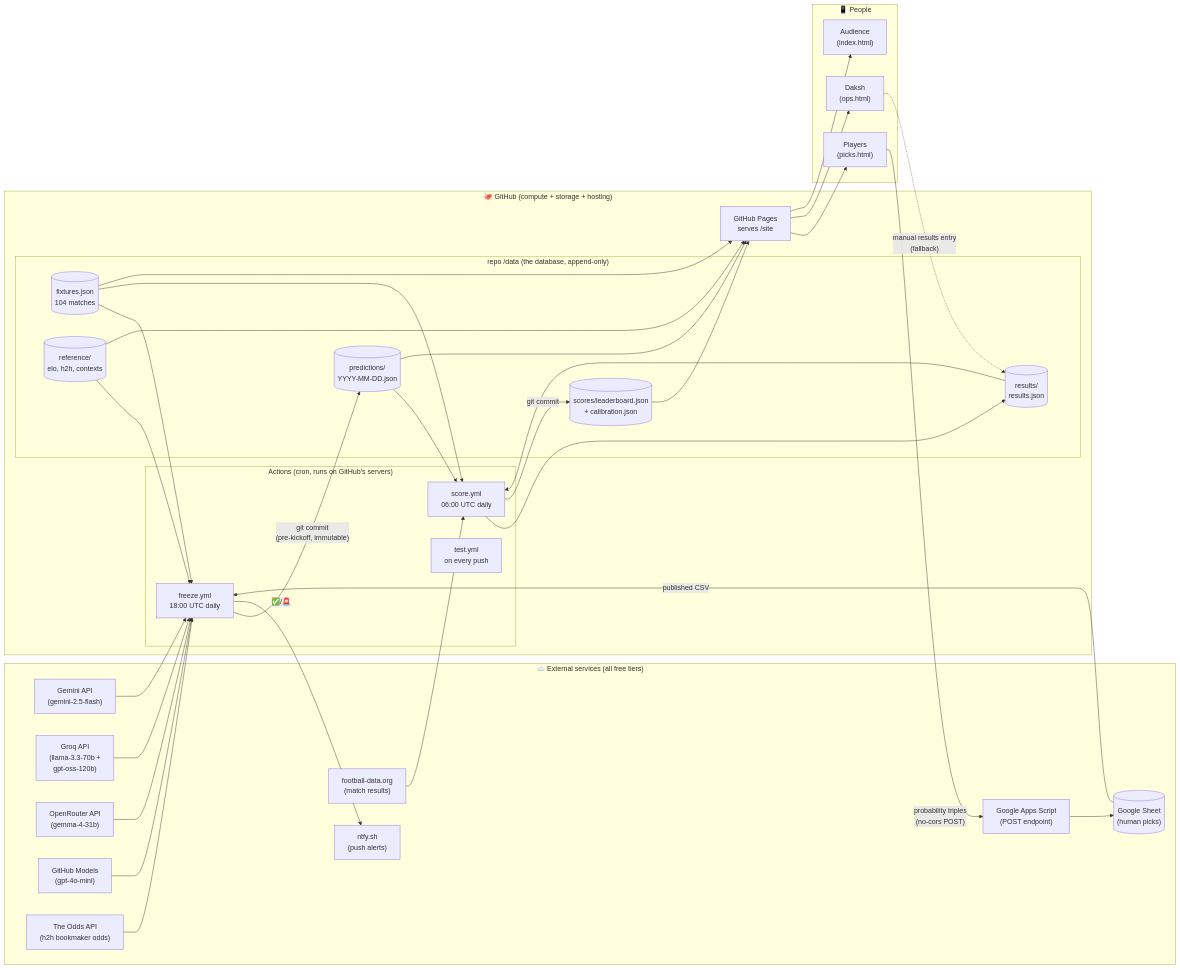
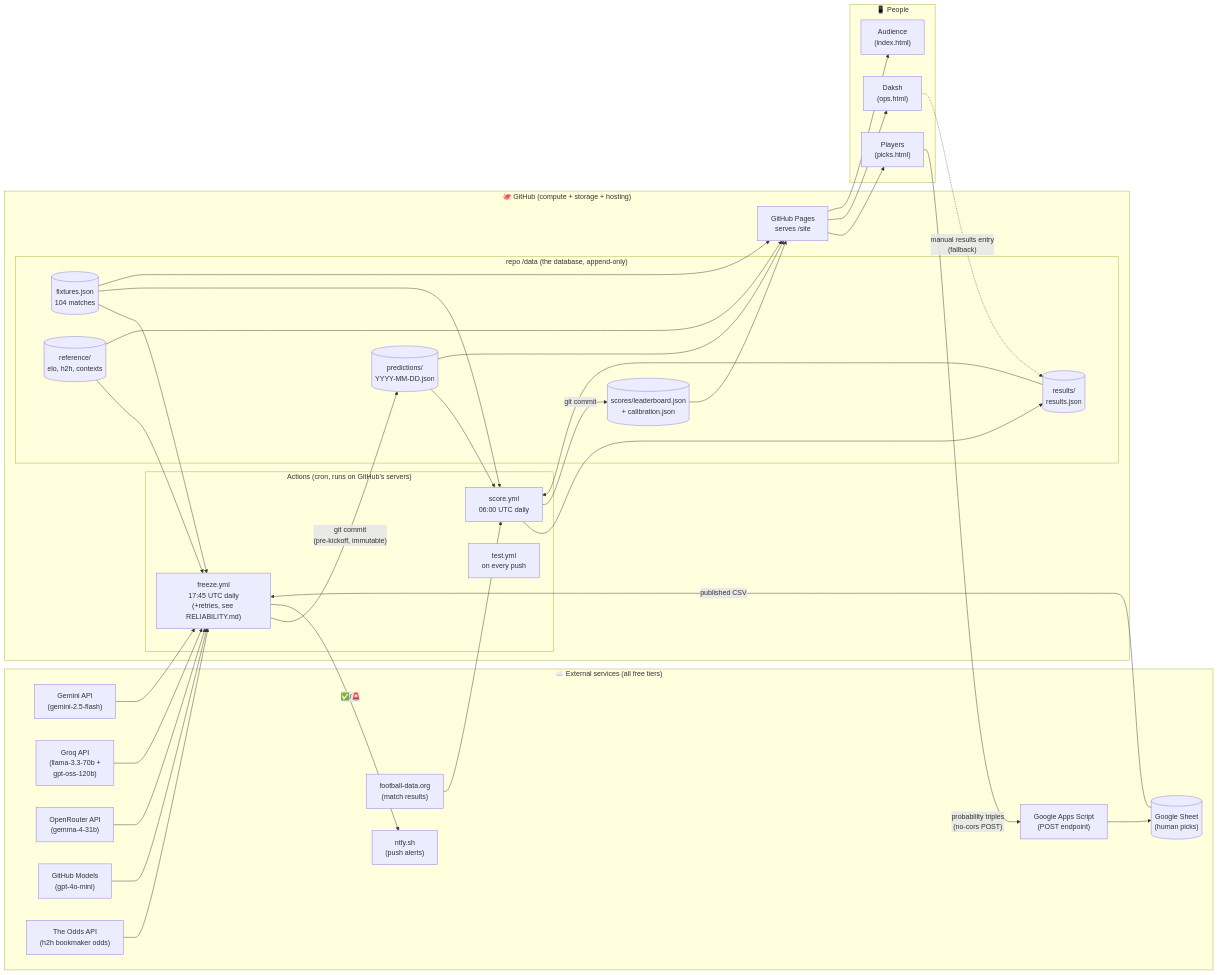
One commit to dakshjagwani/forecasting-arena-wc26 changed the first of 4 diagrams in docs/ARCHITECTURE.md. Above: the diagram before and after it, drawn with Mermaid. The commit also changed other lines of this file and 10 other files, not shown here.

First line of the commit message:
reliability: six-layer freeze failover + live matchday rollover

````diff
--- a/docs/ARCHITECTURE.md
+++ b/docs/ARCHITECTURE.md
@@ -11,54 +11,54 @@
 ```mermaid
 flowchart LR
     subgraph EXT["☁️ External services (all free tiers)"]
         GEM["Gemini API\n(gemini-2.5-flash)"]
         GROQ["Groq API\n(llama-3.3-70b +\ngpt-oss-120b)"]
         OR["OpenRouter API\n(gemma-4-31b)"]
         GHM["GitHub Models\n(gpt-4o-mini)"]
         ODDS["The Odds API\n(h2h bookmaker odds)"]
         FD["football-data.org\n(match results)"]
         GAS["Google Apps Script\n(POST endpoint)"]
         SHEET[("Google Sheet\n(human picks)")]
         NTFY["ntfy.sh\n(push alerts)"]
     end
 
     subgraph GH["🐙 GitHub (compute + storage + hosting)"]
         subgraph ACT["Actions (cron, runs on GitHub's servers)"]
-            FW["freeze.yml\n18:00 UTC daily"]
+            FW["freeze.yml\n17:45 UTC daily\n(+retries, see RELIABILITY.md)"]
             SW["score.yml\n06:00 UTC daily"]
             TW["test.yml\non every push"]
         end
         subgraph DATA["repo /data (the database, append-only)"]
             FIX[("fixtures.json\n104 matches")]
             PRED[("predictions/\nYYYY-MM-DD.json")]
             RES[("results/\nresults.json")]
             SCORES[("scores/leaderboard.json\n+ calibration.json")]
             REF[("reference/\nelo, h2h, contexts")]
         end
         PAGES["GitHub Pages\nserves /site"]
     end
 
     subgraph USERS["📱 People"]
         HUMAN["Players\n(picks.html)"]
         DAKSH["Daksh\n(ops.html)"]
         PUBLIC["Audience\n(index.html)"]
     end
 
     HUMAN -- "probability triples\n(no-cors POST)" --> GAS --> SHEET
     SHEET -- "published CSV" --> FW
     GEM & GROQ & OR & GHM --> FW
     ODDS --> FW
     FIX --> FW
     REF --> FW
     FW -- "git commit\n(pre-kickoff, immutable)" --> PRED
     FW -- "✅/🚨" --> NTFY
 
     FD --> SW
     SW --> RES
     PRED & RES & FIX --> SW
     SW -- "git commit" --> SCORES
 
     PRED & SCORES & FIX & REF --> PAGES
     PAGES --> HUMAN & DAKSH & PUBLIC
     DAKSH -. "manual results entry\n(fallback)" .-> RES
 ```
````
